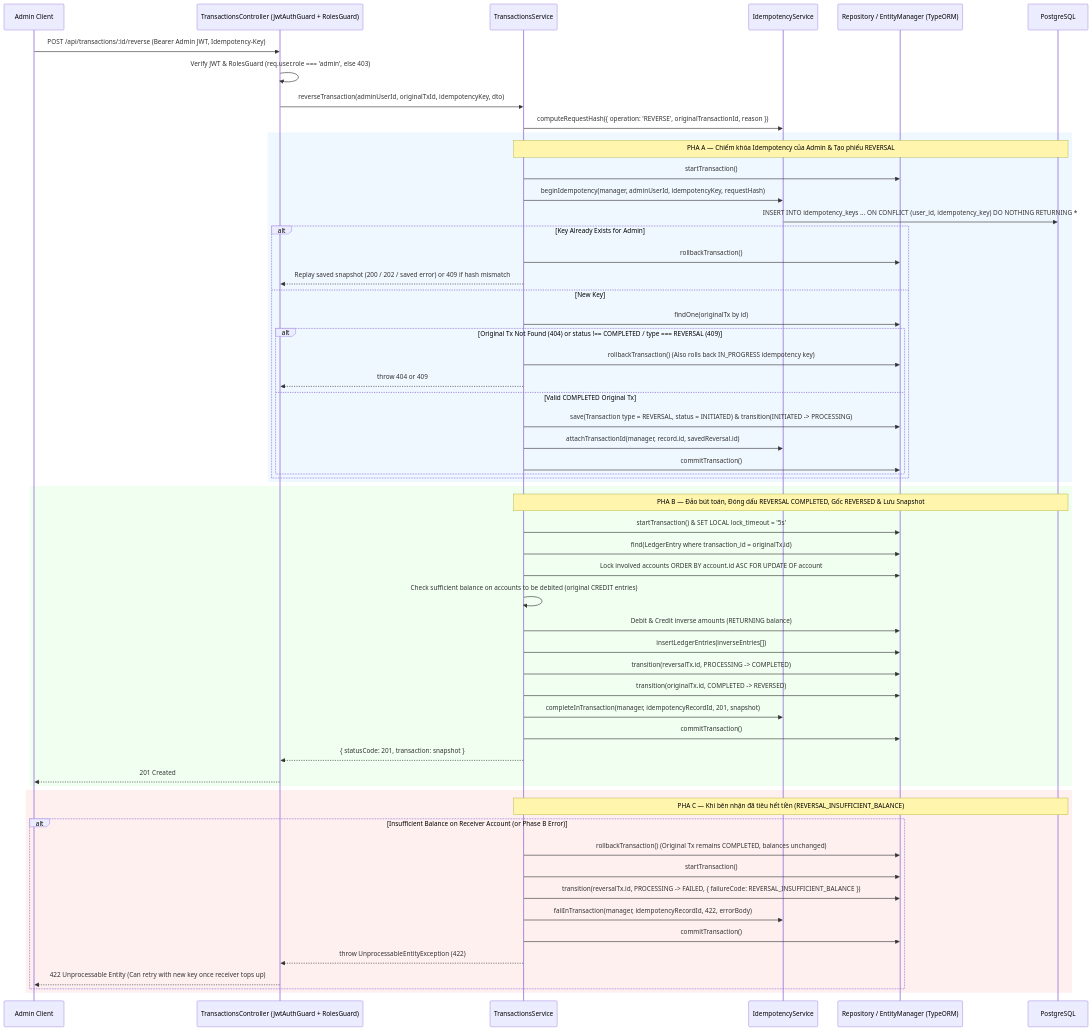
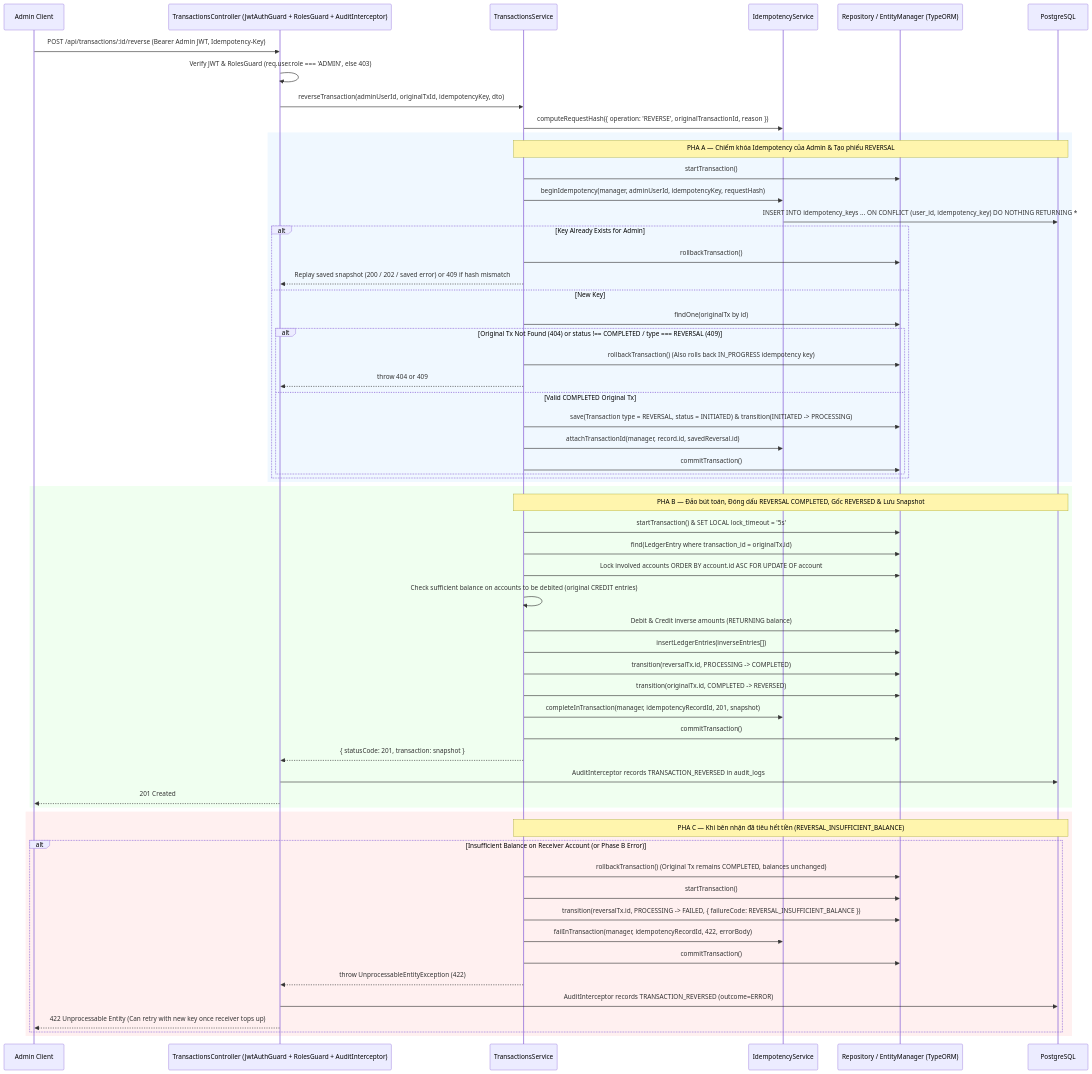
One commit to megapig5000/Banking-app changed the third of 4 diagrams in docs/sequence_diagrams.md. Above: the diagram before and after it, drawn with Mermaid. The commit also changed other lines of this file and 30 other files, not shown here.

Commit message:
docs: add rbac, admin api and audit trail docs, adr-014/015 and sequence diagram

````diff
--- a/docs/sequence_diagrams.md
+++ b/docs/sequence_diagrams.md
@@ -149,65 +158,67 @@
 ```mermaid
 sequenceDiagram
     participant Client as Admin Client
-    participant Controller as TransactionsController (JwtAuthGuard + RolesGuard)
+    participant Controller as TransactionsController (JwtAuthGuard + RolesGuard + AuditInterceptor)
     participant Service as TransactionsService
     participant Idem as IdempotencyService
     participant Repo as Repository / EntityManager (TypeORM)
     participant DB as PostgreSQL
 
     Client->>Controller: POST /api/transactions/:id/reverse (Bearer Admin JWT, Idempotency-Key)
-    Controller->>Controller: Verify JWT & RolesGuard (req.user.role === 'admin', else 403)
+    Controller->>Controller: Verify JWT & RolesGuard (req.user.role === 'ADMIN', else 403)
     Controller->>Service: reverseTransaction(adminUserId, originalTxId, idempotencyKey, dto)
     Service->>Idem: computeRequestHash({ operation: 'REVERSE', originalTransactionId, reason })
 
     rect rgb(240, 248, 255)
         Note over Service,DB: PHA A — Chiếm khóa Idempotency của Admin & Tạo phiếu REVERSAL
         Service->>Repo: startTransaction()
         Service->>Idem: beginIdempotency(manager, adminUserId, idempotencyKey, requestHash)
         Idem->>DB: INSERT INTO idempotency_keys ... ON CONFLICT (user_id, idempotency_key) DO NOTHING RETURNING *
 
         alt Key Already Exists for Admin
             Service->>Repo: rollbackTransaction()
             Service-->>Controller: Replay saved snapshot (200 / 202 / saved error) or 409 if hash mismatch
         else New Key
             Service->>Repo: findOne(originalTx by id)
             alt Original Tx Not Found (404) or status !== COMPLETED / type === REVERSAL (409)
                 Service->>Repo: rollbackTransaction() (Also rolls back IN_PROGRESS idempotency key)
                 Service-->>Controller: throw 404 or 409
             else Valid COMPLETED Original Tx
                 Service->>Repo: save(Transaction type = REVERSAL, status = INITIATED) & transition(INITIATED -> PROCESSING)
                 Service->>Idem: attachTransactionId(manager, record.id, savedReversal.id)
                 Service->>Repo: commitTransaction()
             end
         end
     end
 
     rect rgb(240, 255, 240)
         Note over Service,DB: PHA B — Đảo bút toán, Đóng dấu REVERSAL COMPLETED, Gốc REVERSED & Lưu Snapshot
         Service->>Repo: startTransaction() & SET LOCAL lock_timeout = '5s'
         Service->>Repo: find(LedgerEntry where transaction_id = originalTx.id)
         Service->>Repo: Lock involved accounts ORDER BY account.id ASC FOR UPDATE OF account
         Service->>Service: Check sufficient balance on accounts to be debited (original CREDIT entries)
         Service->>Repo: Debit & Credit inverse amounts (RETURNING balance)
         Service->>Repo: insertLedgerEntries(inverseEntries[])
         Service->>Repo: transition(reversalTx.id, PROCESSING -> COMPLETED)
         Service->>Repo: transition(originalTx.id, COMPLETED -> REVERSED)
         Service->>Idem: completeInTransaction(manager, idempotencyRecordId, 201, snapshot)
         Service->>Repo: commitTransaction()
         Service-->>Controller: { statusCode: 201, transaction: snapshot }
+        Controller->>DB: AuditInterceptor records TRANSACTION_REVERSED in audit_logs
         Controller-->>Client: 201 Created
     end
 
     rect rgb(255, 240, 240)
         Note over Service,DB: PHA C — Khi bên nhận đã tiêu hết tiền (REVERSAL_INSUFFICIENT_BALANCE)
         alt Insufficient Balance on Receiver Account (or Phase B Error)
             Service->>Repo: rollbackTransaction() (Original Tx remains COMPLETED, balances unchanged)
             Service->>Repo: startTransaction()
             Service->>Repo: transition(reversalTx.id, PROCESSING -> FAILED, { failureCode: REVERSAL_INSUFFICIENT_BALANCE })
             Service->>Idem: failInTransaction(manager, idempotencyRecordId, 422, errorBody)
             Service->>Repo: commitTransaction()
             Service-->>Controller: throw UnprocessableEntityException (422)
+            Controller->>DB: AuditInterceptor records TRANSACTION_REVERSED (outcome=ERROR)
             Controller-->>Client: 422 Unprocessable Entity (Can retry with new key once receiver tops up)
         end
     end
 ```
````
